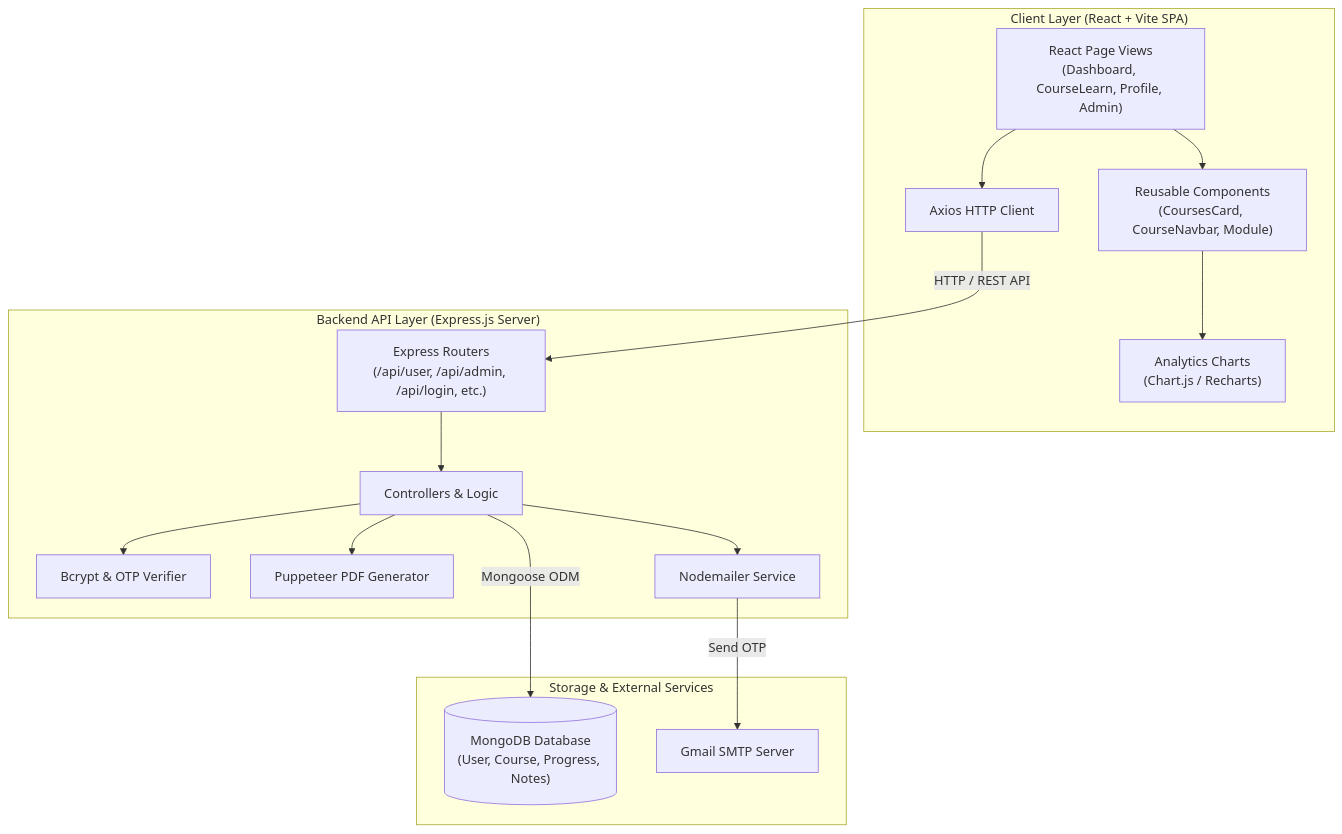
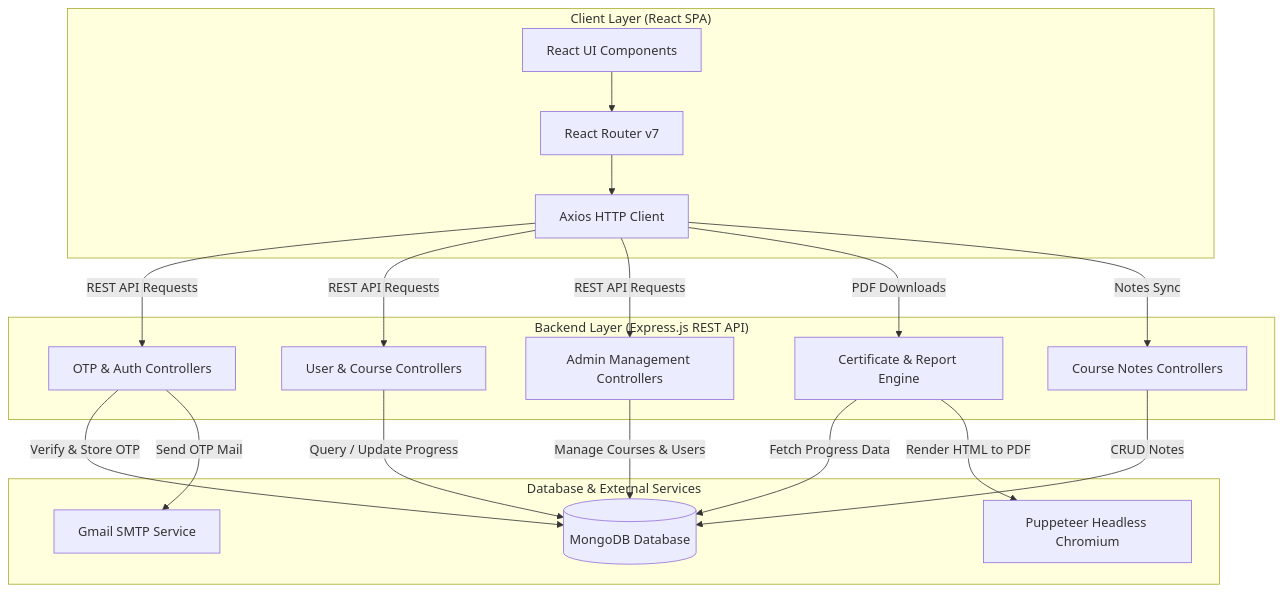
One commit to abdul8704/EduTrack changed the first of 3 diagrams in architecture.md. Above: the diagram before and after it, drawn with Mermaid. The commit also changed other lines of this file, not shown here.

Commit message:
docs: update system architecture and API documentation

````diff
--- a/architecture.md
+++ b/architecture.md
@@ -52,33 +53,38 @@
 ```mermaid
 flowchart TD
-    subgraph Client ["Client Layer (React + Vite SPA)"]
-        UI["React Page Views\n(Dashboard, CourseLearn, Profile, Admin)"]
-        Components["Reusable Components\n(CoursesCard, CourseNavbar, Module)"]
-        Charts["Analytics Charts\n(Chart.js / Recharts)"]
+    subgraph Client["Client Layer (React SPA)"]
+        UI["React UI Components"]
+        Router["React Router v7"]
         AxiosClient["Axios HTTP Client"]
+        UI --> Router
+        Router --> AxiosClient
     end
 
-    subgraph Backend ["Backend API Layer (Express.js Server)"]
-        Router["Express Routers\n(/api/user, /api/admin, /api/login, etc.)"]
-        Controllers["Controllers & Logic"]
-        AuthModule["Bcrypt & OTP Verifier"]
-        PDFGen["Puppeteer PDF Generator"]
-        MailService["Nodemailer Service"]
+    subgraph API["Backend Layer (Express.js REST API)"]
+        AuthMW["OTP & Auth Controllers"]
+        UserCtrl["User & Course Controllers"]
+        AdminCtrl["Admin Management Controllers"]
+        CertCtrl["Certificate & Report Engine"]
+        NotesCtrl["Course Notes Controllers"]
     end
 
-    subgraph Storage ["Storage & External Services"]
-        MongoDB[("MongoDB Database\n(User, Course, Progress, Notes)")]
-        SMTP["Gmail SMTP Server"]
+    subgraph Storage["Database & External Services"]
+        MongoDB[(MongoDB Database)]
+        SMTP["Gmail SMTP Service"]
+        Chrome["Puppeteer Headless Chromium"]
     end
 
-    UI --> Components
-    Components --> Charts
-    UI --> AxiosClient
-    AxiosClient -->|"HTTP / REST API"| Router
-    Router --> Controllers
-    Controllers --> AuthModule
-    Controllers --> PDFGen
-    Controllers --> MailService
-    Controllers -->|"Mongoose ODM"| MongoDB
-    MailService -->|"Send OTP"| SMTP
+    AxiosClient -->|REST API Requests| AuthMW
+    AxiosClient -->|REST API Requests| UserCtrl
+    AxiosClient -->|REST API Requests| AdminCtrl
+    AxiosClient -->|PDF Downloads| CertCtrl
+    AxiosClient -->|Notes Sync| NotesCtrl
+
+    AuthMW -->|Verify & Store OTP| MongoDB
+    AuthMW -->|Send OTP Mail| SMTP
+    UserCtrl -->|Query / Update Progress| MongoDB
+    AdminCtrl -->|Manage Courses & Users| MongoDB
+    NotesCtrl -->|CRUD Notes| MongoDB
+    CertCtrl -->|Fetch Progress Data| MongoDB
+    CertCtrl -->|Render HTML to PDF| Chrome
 ```
````
